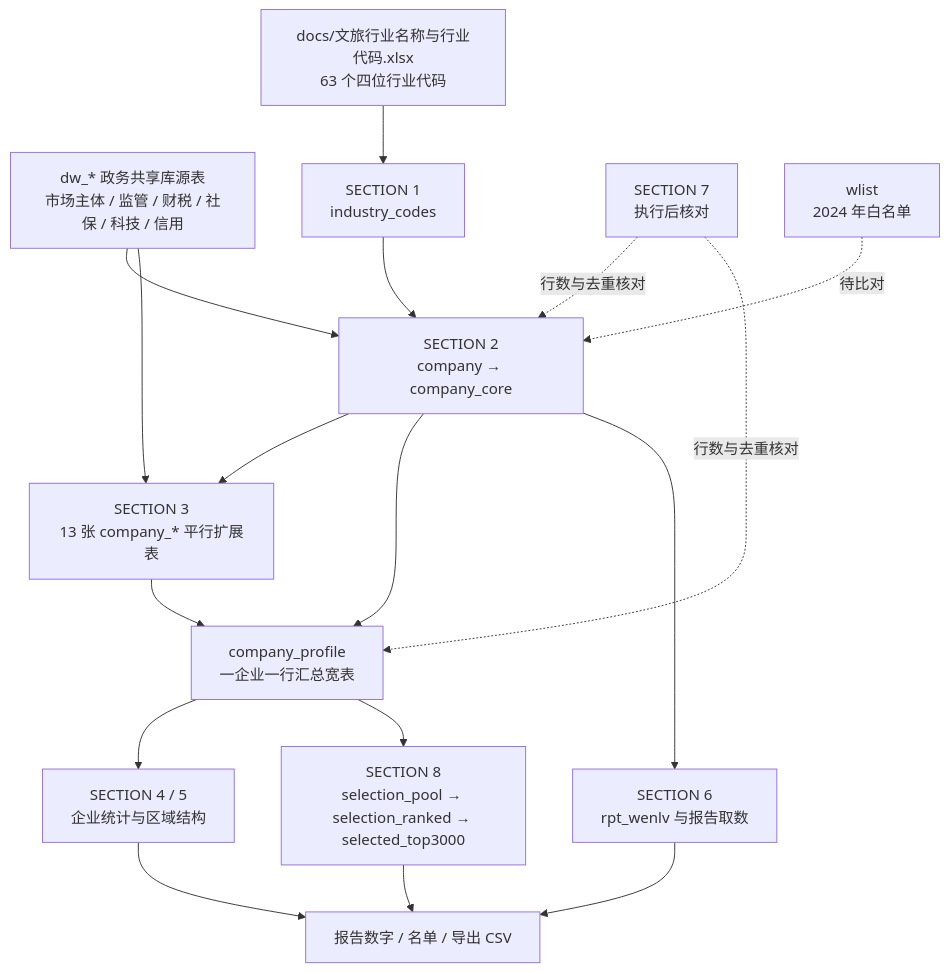
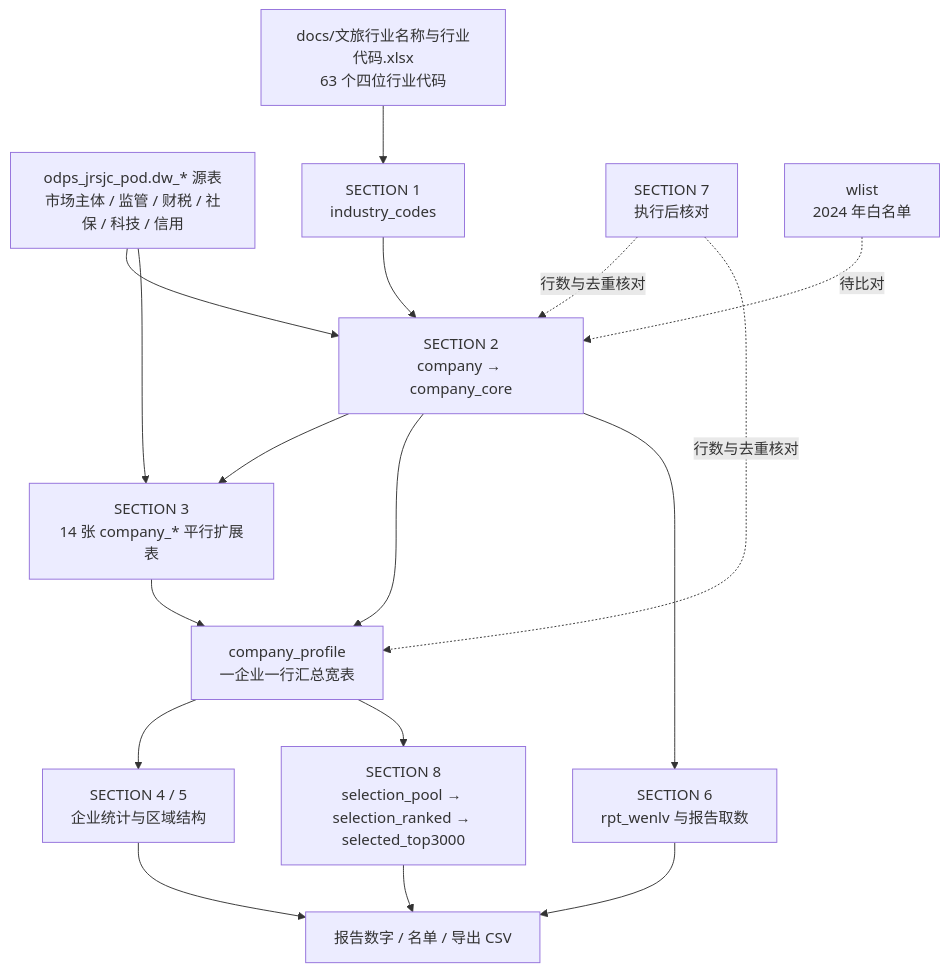
The diagram in README.md (hq3009/cultural_companies), drawn with Mermaid before and after one commit. The commit also changed other lines of this file and 5 other files, not shown here.

````diff
--- a/README.md
+++ b/README.md
@@ -48,32 +48,32 @@
 ```mermaid
 flowchart TD
     DOC["docs/文旅行业名称与行业代码.xlsx<br/>63 个四位行业代码"]
-    SRC["dw_* 政务共享库源表<br/>市场主体 / 监管 / 财税 / 社保 / 科技 / 信用"]
+    SRC["odps_jrsjc_pod.dw_* 源表<br/>市场主体 / 监管 / 财税 / 社保 / 科技 / 信用"]
     S1["SECTION 1<br/>industry_codes"]
     S2["SECTION 2<br/>company → company_core"]
-    S3["SECTION 3<br/>13 张 company_* 平行扩展表"]
+    S3["SECTION 3<br/>14 张 company_* 平行扩展表"]
     PF["company_profile<br/>一企业一行汇总宽表"]
     S45["SECTION 4 / 5<br/>企业统计与区域结构"]
     S6["SECTION 6<br/>rpt_wenlv 与报告取数"]
     S7["SECTION 7<br/>执行后核对"]
     S8["SECTION 8<br/>selection_pool → selection_ranked → selected_top3000"]
     WL["wlist<br/>2024 年白名单"]
     OUT["报告数字 / 名单 / 导出 CSV"]
 
     DOC --> S1
     SRC --> S2
     S1 --> S2
     SRC --> S3
     S2 --> S3
     S2 --> PF
     S3 --> PF
     PF --> S45
     PF --> S8
     S2 --> S6
     S45 --> OUT
     S6 --> OUT
     S8 --> OUT
     S7 -. 行数与去重核对 .-> S2
     S7 -. 行数与去重核对 .-> PF
     WL -. 待比对 .-> S2
 ```
````
